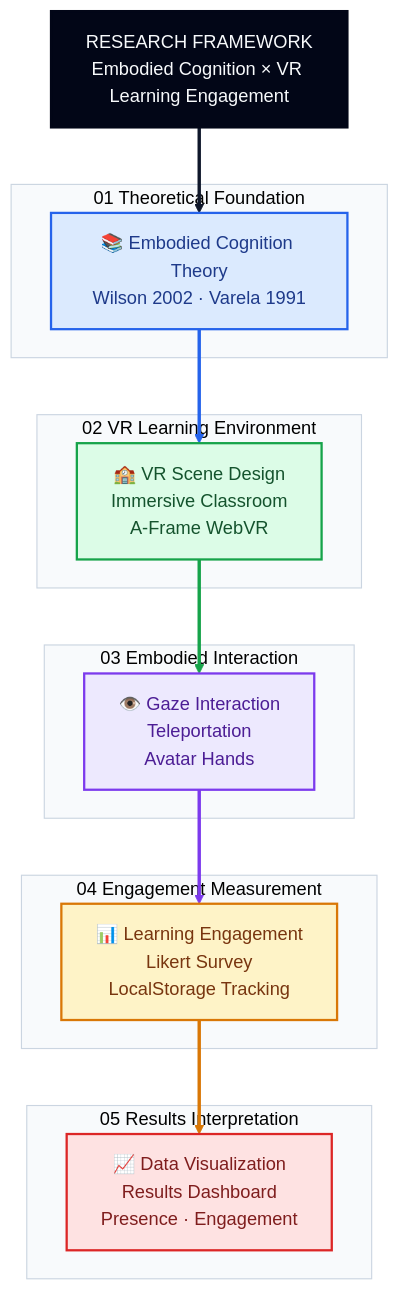
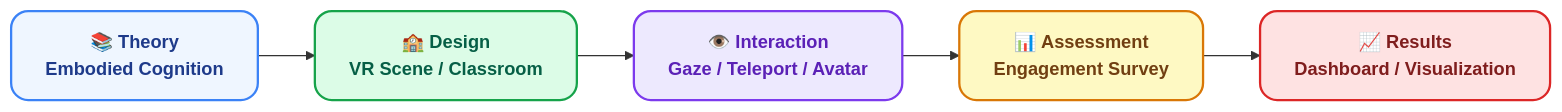
One commit to sara6v6/vr-embodied-learning changed the first of 2 diagrams in README.md. Above: the diagram before and after it, drawn with Mermaid. The commit also changed other lines of this file, not shown here.

````diff
--- a/README.md
+++ b/README.md
@@ -22,58 +22,25 @@
 ```mermaid
-%%{init: {"theme": "base", "themeVariables": {"fontFamily": "Inter, Arial, sans-serif", "background": "#ffffff", "primaryColor": "#f8fafc", "primaryTextColor": "#0f172a", "lineColor": "#64748b"}}}%%
+flowchart LR
+    %% 节点
+    A["📚 Theory<br>Embodied Cognition"] 
+    B["🏫 Design<br>VR Scene / Classroom"] 
+    C["👁️ Interaction<br>Gaze / Teleport / Avatar"] 
+    D["📊 Assessment<br>Engagement Survey"] 
+    E["📈 Results<br>Dashboard / Visualization"]
 
-flowchart TD
-    T["RESEARCH FRAMEWORK<br/>Embodied Cognition × VR Learning Engagement"]
+    %% 流程
+    A --> B --> C --> D --> E
 
-    subgraph P1["01  Theoretical Foundation"]
-        A["📚 Embodied Cognition Theory<br/>Wilson 2002 · Varela 1991"]
-    end
+    %% 样式
+    classDef theory fill:#eff6ff,color:#1e3a8a,stroke:#3b82f6,stroke-width:2px,rx:15,ry:15,font-weight:bold;
+    classDef design fill:#dcfce7,color:#065f46,stroke:#16a34a,stroke-width:2px,rx:15,ry:15,font-weight:bold;
+    classDef interaction fill:#ede9fe,color:#5b21b6,stroke:#7c3aed,stroke-width:2px,rx:15,ry:15,font-weight:bold;
+    classDef assessment fill:#fef9c3,color:#713f12,stroke:#d97706,stroke-width:2px,rx:15,ry:15,font-weight:bold;
+    classDef results fill:#fee2e2,color:#7f1d1d,stroke:#dc2626,stroke-width:2px,rx:15,ry:15,font-weight:bold;
 
-    subgraph P2["02  VR Learning Environment"]
-        B["🏫 VR Scene Design<br/>Immersive Classroom<br/>A-Frame WebVR"]
-    end
-
-    subgraph P3["03  Embodied Interaction"]
-        C["👁️ Gaze Interaction<br/>Teleportation<br/>Avatar Hands"]
-    end
-
-    subgraph P4["04  Engagement Measurement"]
-        D["📊 Learning Engagement<br/>Likert Survey<br/>LocalStorage Tracking"]
-    end
-
-    subgraph P5["05  Results Interpretation"]
-        E["📈 Data Visualization<br/>Results Dashboard<br/>Presence · Engagement"]
-    end
-
-    T --> A
-    A --> B
-    B --> C
-    C --> D
-    D --> E
-
-    classDef title fill:#020617,color:#f8fafc,stroke:#020617,stroke-width:2px;
-    classDef theory fill:#dbeafe,color:#1e3a8a,stroke:#2563eb,stroke-width:2px;
-    classDef design fill:#dcfce7,color:#14532d,stroke:#16a34a,stroke-width:2px;
-    classDef interaction fill:#ede9fe,color:#4c1d95,stroke:#7c3aed,stroke-width:2px;
-    classDef assessment fill:#fef3c7,color:#78350f,stroke:#d97706,stroke-width:2px;
-    classDef result fill:#fee2e2,color:#7f1d1d,stroke:#dc2626,stroke-width:2px;
-
-    class T title;
-    class A theory;
-    class B design;
-    class C interaction;
-    class D assessment;
-    class E result;
-
-    style P1 fill:#f8fafc,stroke:#cbd5e1,stroke-width:1px
-    style P2 fill:#f8fafc,stroke:#cbd5e1,stroke-width:1px
-    style P3 fill:#f8fafc,stroke:#cbd5e1,stroke-width:1px
-    style P4 fill:#f8fafc,stroke:#cbd5e1,stroke-width:1px
-    style P5 fill:#f8fafc,stroke:#cbd5e1,stroke-width:1px
-
-    linkStyle 0 stroke:#0f172a,stroke-width:3px
-    linkStyle 1 stroke:#2563eb,stroke-width:3px
-    linkStyle 2 stroke:#16a34a,stroke-width:3px
-    linkStyle 3 stroke:#7c3aed,stroke-width:3px
-    linkStyle 4 stroke:#d97706,stroke-width:3px
+    class A theory
+    class B design
+    class C interaction
+    class D assessment
+    class E results
 ```
````
